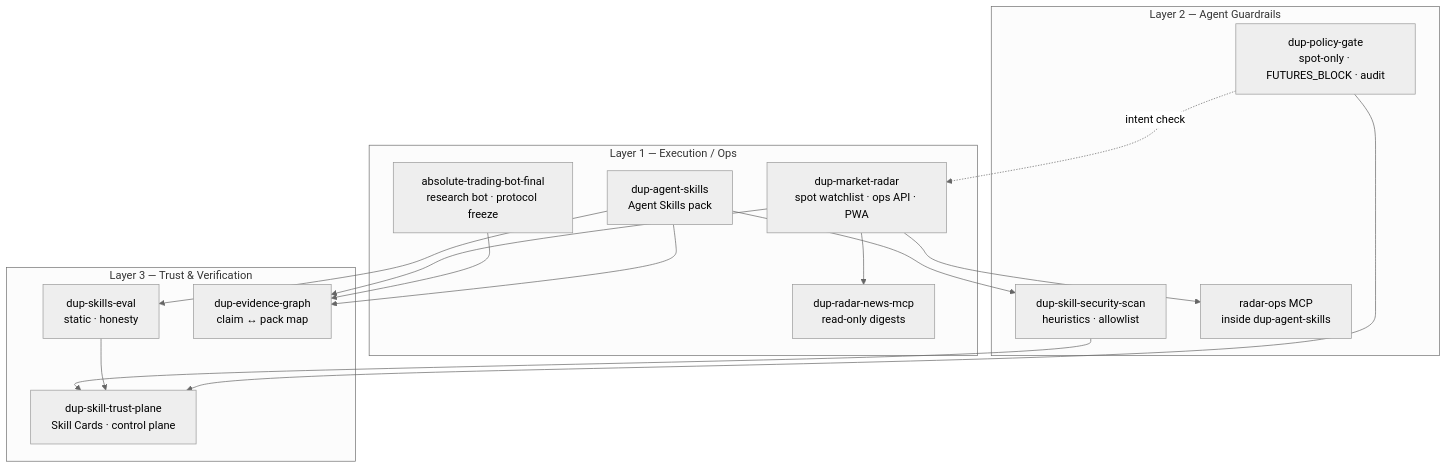
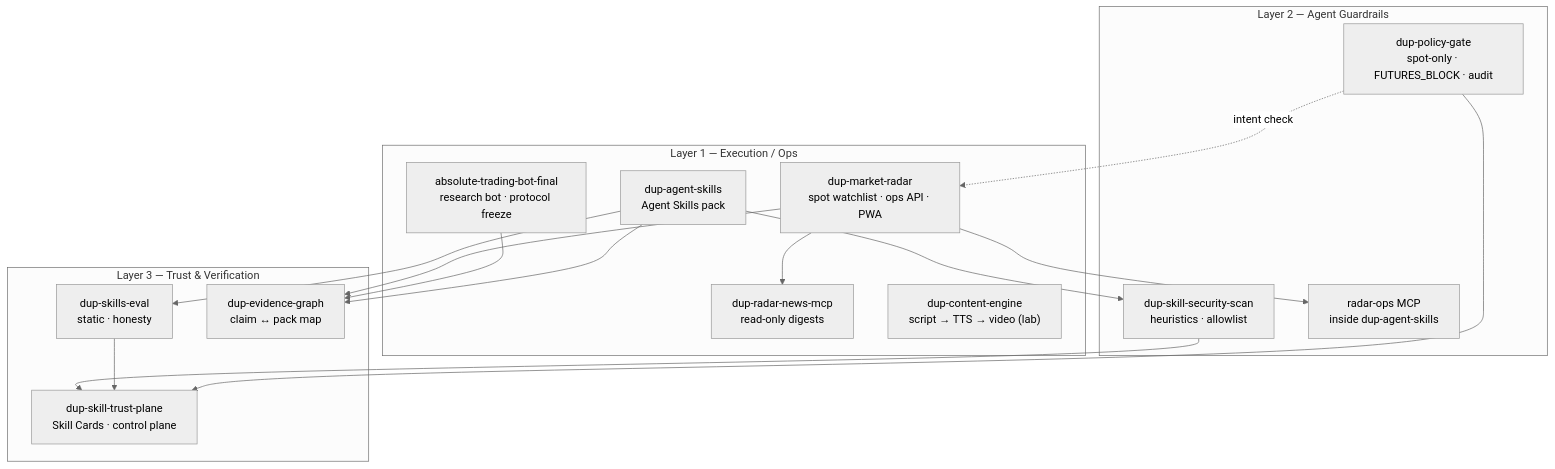
The diagram in README.md (Gruver87/Gruver87), drawn with Mermaid (neutral theme) before and after one commit. The commit also changed other lines of this file, not shown here.

````diff
--- a/README.md
+++ b/README.md
@@ -23,33 +43,34 @@
 ```mermaid
 flowchart TB
   subgraph EXEC["Layer 1 — Execution / Ops"]
     RADAR["dup-market-radar<br/>spot watchlist · ops API · PWA"]
     BOT["absolute-trading-bot-final<br/>research bot · protocol freeze"]
     NEWS["dup-radar-news-mcp<br/>read-only digests"]
     SKILLS["dup-agent-skills<br/>Agent Skills pack"]
+    MEDIA["dup-content-engine<br/>script → TTS → video (lab)"]
   end
 
   subgraph GUARD["Layer 2 — Agent Guardrails"]
     POLICY["dup-policy-gate<br/>spot-only · FUTURES_BLOCK · audit"]
     SEC["dup-skill-security-scan<br/>heuristics · allowlist"]
     MCPOPS["radar-ops MCP<br/>inside dup-agent-skills"]
   end
 
   subgraph TRUST["Layer 3 — Trust & Verification"]
     EVAL["dup-skills-eval<br/>static · honesty"]
     GRAPH["dup-evidence-graph<br/>claim ↔ pack map"]
     PLANE["dup-skill-trust-plane<br/>Skill Cards · control plane"]
   end
 
   SKILLS --> SEC
   SKILLS --> EVAL
   SEC --> PLANE
   EVAL --> PLANE
   POLICY --> PLANE
   RADAR --> GRAPH
   BOT --> GRAPH
   SKILLS --> GRAPH
   RADAR --> NEWS
   RADAR --> MCPOPS
   POLICY -.->|"intent check"| RADAR
 ```
````
